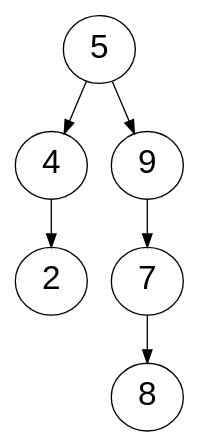
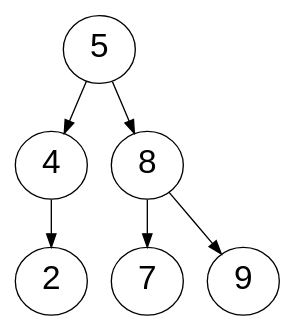
The diagram in doc/scala.io/2025/dots/flajolet-6-245789.dot (jimka2001/scala-rte), drawn with Graphviz before and after one commit. The commit also changed 7 other files, not shown here.

```diff
--- a/doc/scala.io/2025/dots/flajolet-6-245789.dot
+++ b/doc/scala.io/2025/dots/flajolet-6-245789.dot
@@ -1,19 +1,20 @@
 digraph G {
   fontname=courier;
   rankdir=TB; graph[labeljust=l,nojustify=true]
   node [fontname=Arial, fontsize=25];
   edge [fontsize=20];
 
 N2 [label="2"]
 N4 [label="4"]
 N5 [label="5"]
 N7 [label="7"]
 N8 [label="8"]
 N9 [label="9"]
-N7 -> N8
-N9 -> N7
-N5 -> N9
+N5 -> N8
+N8 -> N7
+N8 -> N9
+
 N4 -> N2
 N5 -> N4
 
 }
```
